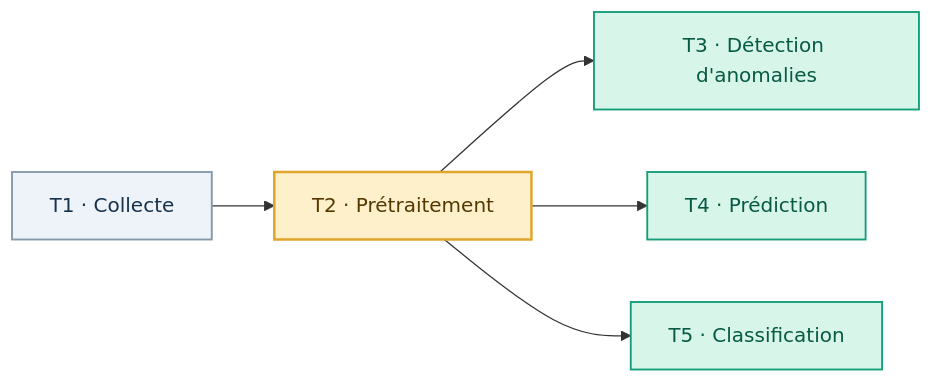
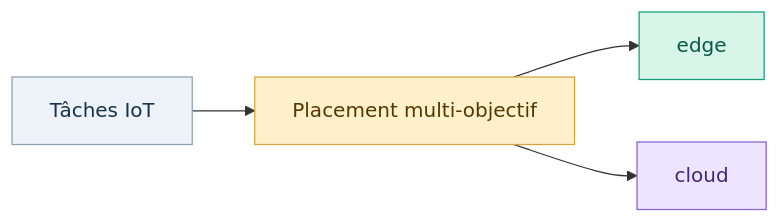
Before and after one commit to ilyes-rhdi/RO_IOT: the eighth of 15 diagrams in README.md, drawn with Mermaid. The commit also changed other lines of this file, not shown here.

````diff
--- a/README.md
+++ b/README.md
@@ -263,14 +413,14 @@
 ```mermaid
 flowchart LR
-    T1["T1 · Collecte"] --> T2["T2 · Prétraitement"]
-    T2 --> T3["T3 · Détection d'anomalies"]
-    T2 --> T4["T4 · Prédiction"]
-    T2 --> T5["T5 · Classification"]
-
-    classDef collect fill:#EDF3F8,stroke:#8598AA,color:#17324D,stroke-width:1.5px;
-    classDef prep fill:#FFF0CC,stroke:#E0A52B,color:#553800,stroke-width:2px;
-    classDef analysis fill:#D8F5EA,stroke:#149E79,color:#075B45,stroke-width:1.5px;
-    class T1 collect;
-    class T2 prep;
-    class T3,T4,T5 analysis;
+    T["Tâches IoT"] --> P["Placement multi-objectif"]
+    P --> E["edge"]
+    P --> C["cloud"]
+    classDef tasks fill:#EDF3F8,stroke:#8DA0B4,color:#17324D;
+    classDef decision fill:#FFF0CC,stroke:#D9A33B,color:#553800;
+    classDef edge fill:#D8F5EA,stroke:#149E79,color:#075B45;
+    classDef cloud fill:#EDE5FF,stroke:#8960D5,color:#432779;
+    class T tasks;
+    class P decision;
+    class E edge;
+    class C cloud;
 ```
````
